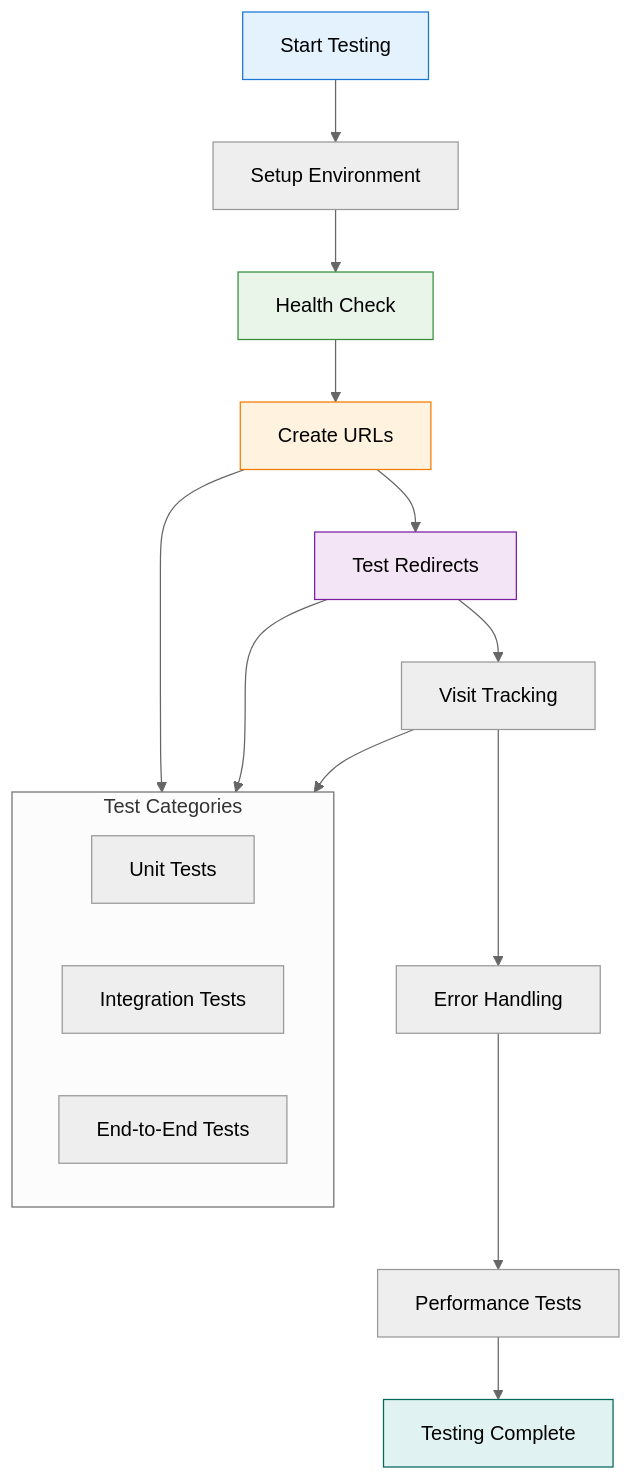
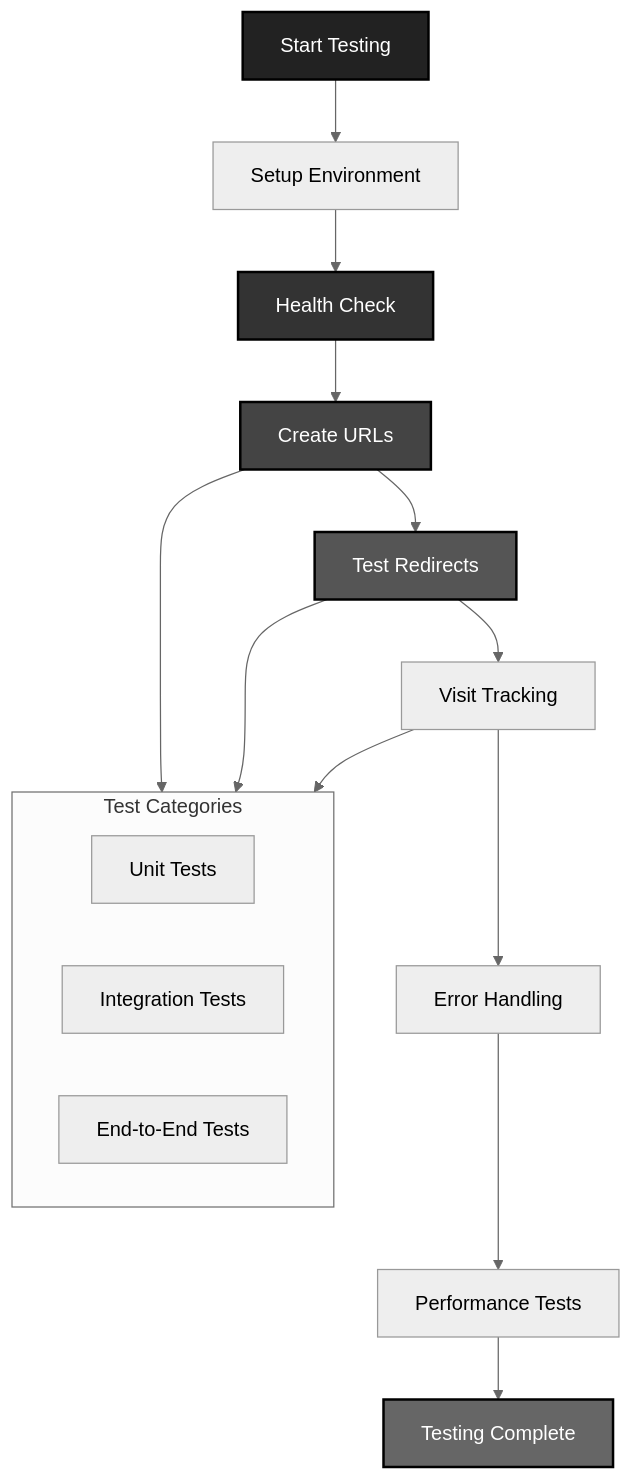
Before and after one commit to Shahriarin2garden/url-shortener-lab02-feature-nginx-layer: diagram 13 of 13 in url-shortener-lab02-feature-nginx-layer/README.md, drawn with Mermaid (neutral theme). The commit also changed other lines of this file, not shown here.

First line of the commit message:
Revise diagram color styles for clarity

````diff
--- a/url-shortener-lab02-feature-nginx-layer/README.md
+++ b/url-shortener-lab02-feature-nginx-layer/README.md
@@ -524,29 +526,29 @@
 ```mermaid
 graph TD
     Start[Start Testing] --> Setup[Setup Environment]
     Setup --> Health[Health Check]
 
     Health --> Create[Create URLs]
     Create --> Redirect[Test Redirects]
     Redirect --> Analytics[Visit Tracking]
 
     Analytics --> Errors[Error Handling]
     Errors --> Performance[Performance Tests]
     Performance --> Complete[Testing Complete]
 
     subgraph Tests[Test Categories]
         Unit[Unit Tests]
         Integration[Integration Tests]
         E2E[End-to-End Tests]
     end
 
     Create --> Tests
     Redirect --> Tests
     Analytics --> Tests
 
-    style Start fill:#e3f2fd,stroke:#1976d2
-    style Health fill:#e8f5e8,stroke:#388e3c
-    style Create fill:#fff3e0,stroke:#f57c00
-    style Redirect fill:#f3e5f5,stroke:#7b1fa2
-    style Complete fill:#e0f2f1,stroke:#00695c
+    style Start fill:#222,stroke:#000,stroke-width:2px,color:#fff
+    style Health fill:#333,stroke:#000,stroke-width:2px,color:#fff
+    style Create fill:#444,stroke:#000,stroke-width:2px,color:#fff
+    style Redirect fill:#555,stroke:#000,stroke-width:2px,color:#fff
+    style Complete fill:#666,stroke:#000,stroke-width:2px,color:#fff
 ```
````
